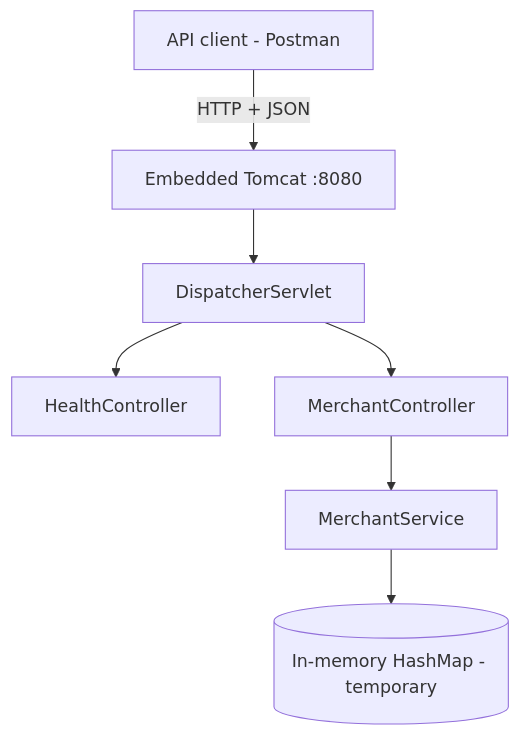
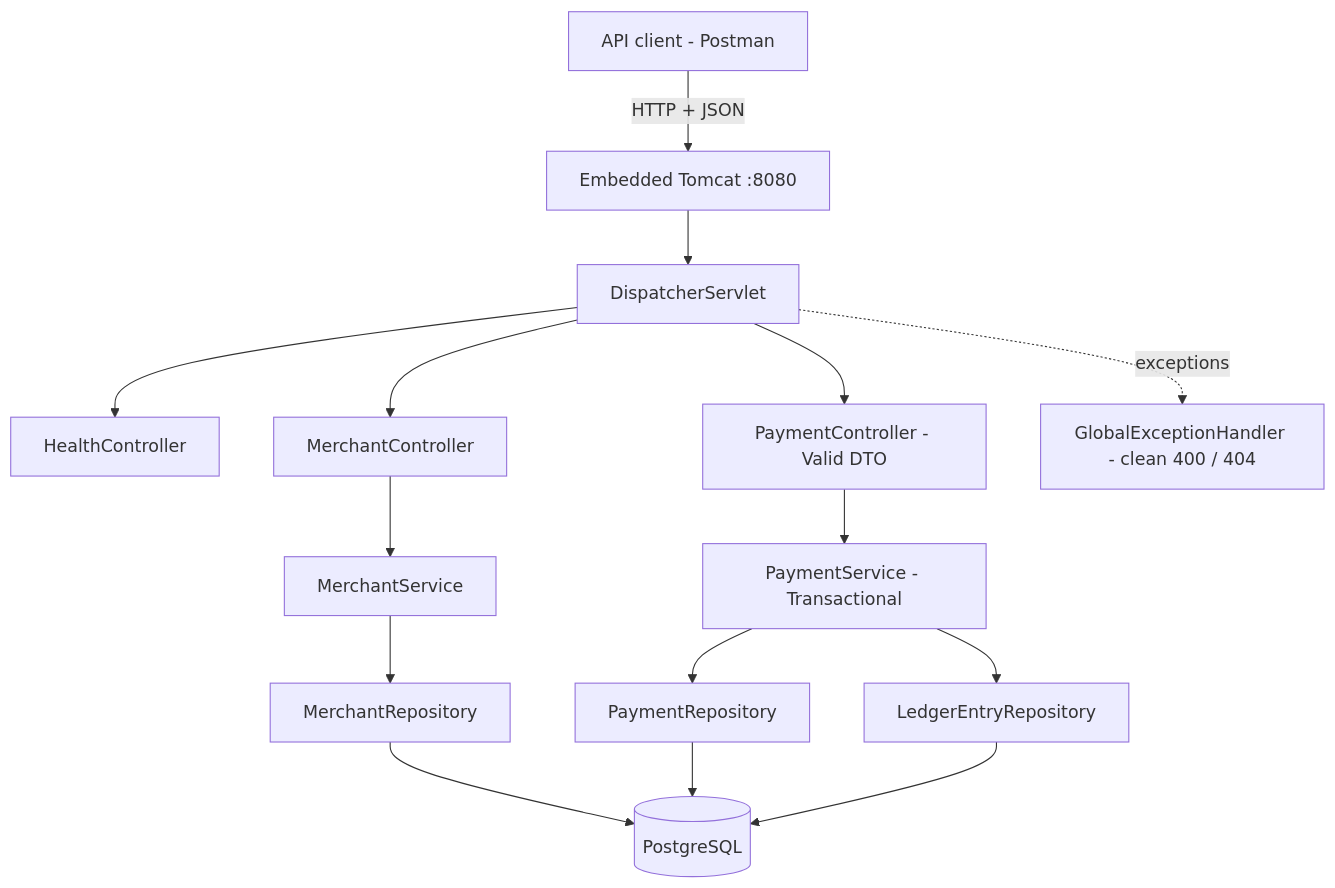
Before and after one commit to ARV0007/transakt: the diagram in docs/architecture.md, drawn with Mermaid. The commit also changed other lines of this file and 18 other files, not shown here.

`````diff
--- a/docs/architecture.md
+++ b/docs/architecture.md
@@ -5,10 +5,18 @@
 ````mermaid
 flowchart TD
   client[API client - Postman]
   client -->|HTTP + JSON| tomcat[Embedded Tomcat :8080]
   tomcat --> dispatcher[DispatcherServlet]
   dispatcher --> health[HealthController]
   dispatcher --> mc[MerchantController]
+  dispatcher --> pc[PaymentController - Valid DTO]
+  dispatcher -.->|exceptions| geh[GlobalExceptionHandler - clean 400 / 404]
   mc --> ms[MerchantService]
-  ms --> store[(In-memory HashMap - temporary)]
+  pc --> ps[PaymentService - Transactional]
+  ms --> mr[MerchantRepository]
+  ps --> pr[PaymentRepository]
+  ps --> lr[LedgerEntryRepository]
+  mr --> db[(PostgreSQL)]
+  pr --> db
+  lr --> db
 ````
`````
